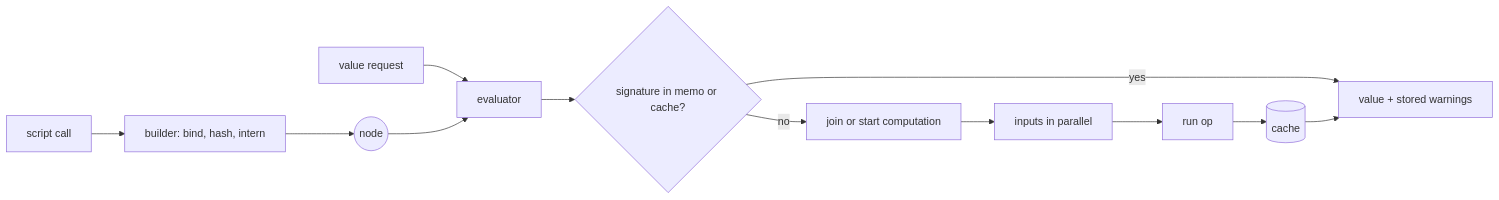
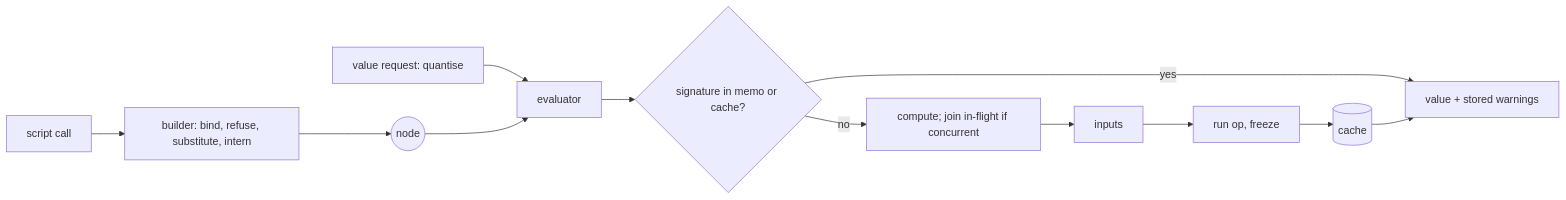
The diagram in Research/Software Architecture Garden/general/agent-operated-engines/03-content-keyed-lazy-graph.md (go-go-golems/go-go-parc), drawn with Mermaid before and after one commit. The commit also changed other lines of this file and 22 other files, not shown here.

````diff
--- a/Research/Software Architecture Garden/general/agent-operated-engines/03-content-keyed-lazy-graph.md
+++ b/Research/Software Architecture Garden/general/agent-operated-engines/03-content-keyed-lazy-graph.md
@@ -143,14 +147,14 @@
 ```mermaid
 flowchart LR
-  S[script call] --> B[builder: bind, hash, intern]
+  S[script call] --> B[builder: bind, refuse, substitute, intern]
   B --> N((node))
-  Q[value request] --> E[evaluator]
+  Q[value request: quantise] --> E[evaluator]
   N --> E
   E --> K{signature in memo or cache?}
   K -->|yes| V[value + stored warnings]
-  K -->|no| F[join or start computation]
-  F --> I[inputs in parallel]
-  I --> O[run op]
+  K -->|no| F[compute; join in-flight if concurrent]
+  F --> I[inputs]
+  I --> O[run op, freeze]
   O --> C[(cache)]
   C --> V
 ```
````
